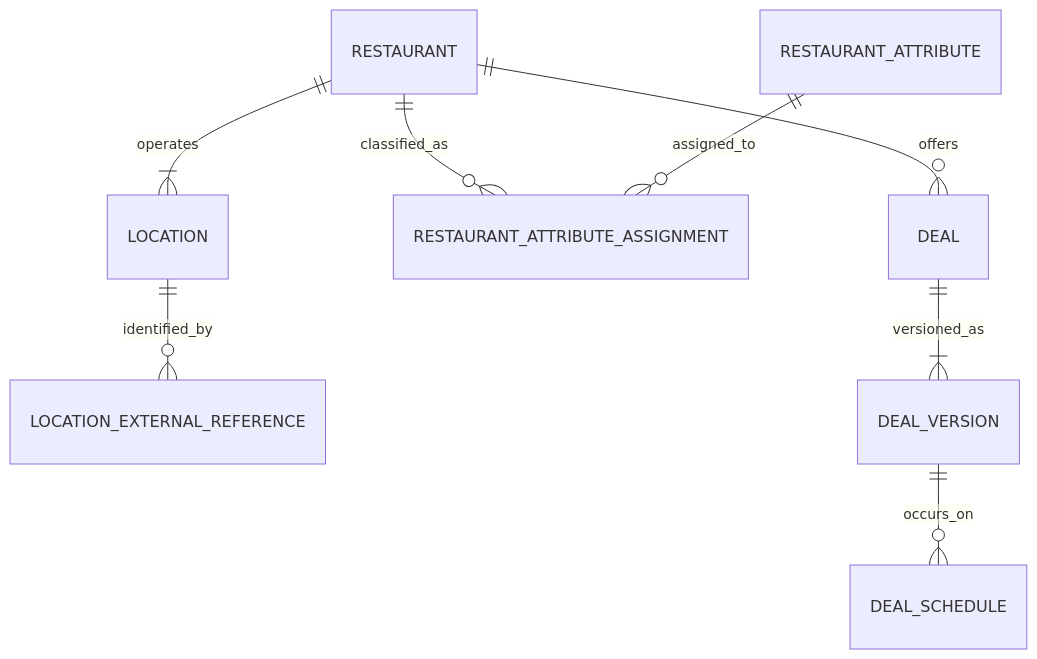
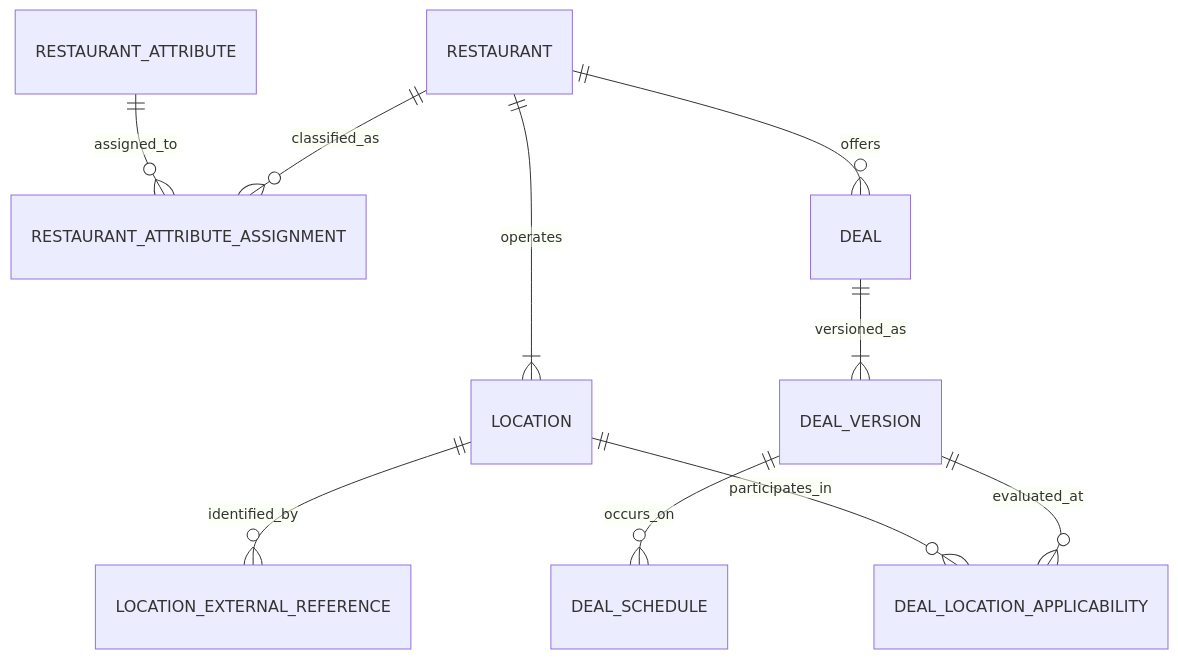
Before and after one commit to arivera1128/WhereWeGoing: the diagram in docs/docs/RELATIONAL_MODEL.md, drawn with Mermaid. The commit also changed other lines of this file and 1 other file, not shown here.

Commit message:
Model location deal applicability

````diff
--- a/docs/docs/RELATIONAL_MODEL.md
+++ b/docs/docs/RELATIONAL_MODEL.md
@@ -148,10 +166,12 @@
 ```mermaid
 erDiagram
   RESTAURANT ||--|{ LOCATION : operates
   LOCATION ||--o{ LOCATION_EXTERNAL_REFERENCE : identified_by
   RESTAURANT ||--o{ RESTAURANT_ATTRIBUTE_ASSIGNMENT : classified_as
   RESTAURANT_ATTRIBUTE ||--o{ RESTAURANT_ATTRIBUTE_ASSIGNMENT : assigned_to
   RESTAURANT ||--o{ DEAL : offers
   DEAL ||--|{ DEAL_VERSION : versioned_as
   DEAL_VERSION ||--o{ DEAL_SCHEDULE : occurs_on
+  DEAL_VERSION ||--o{ DEAL_LOCATION_APPLICABILITY : evaluated_at
+  LOCATION ||--o{ DEAL_LOCATION_APPLICABILITY : participates_in
 ```
````
